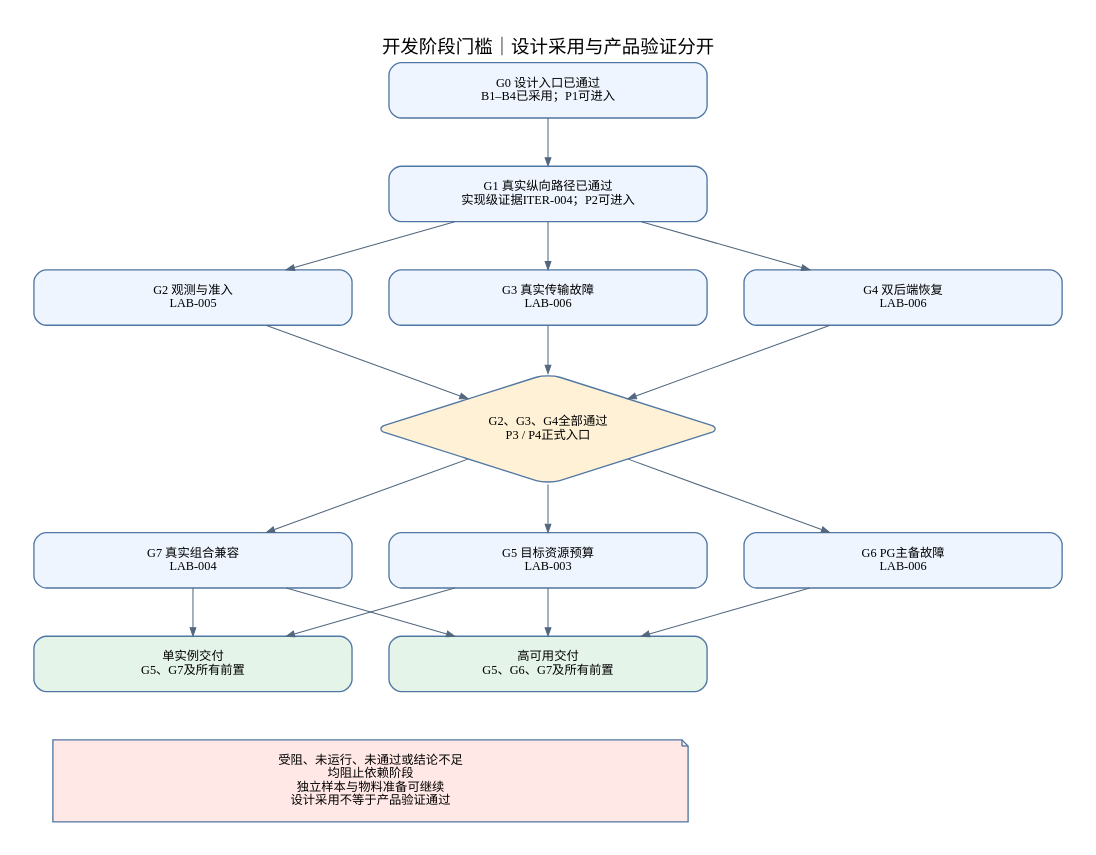
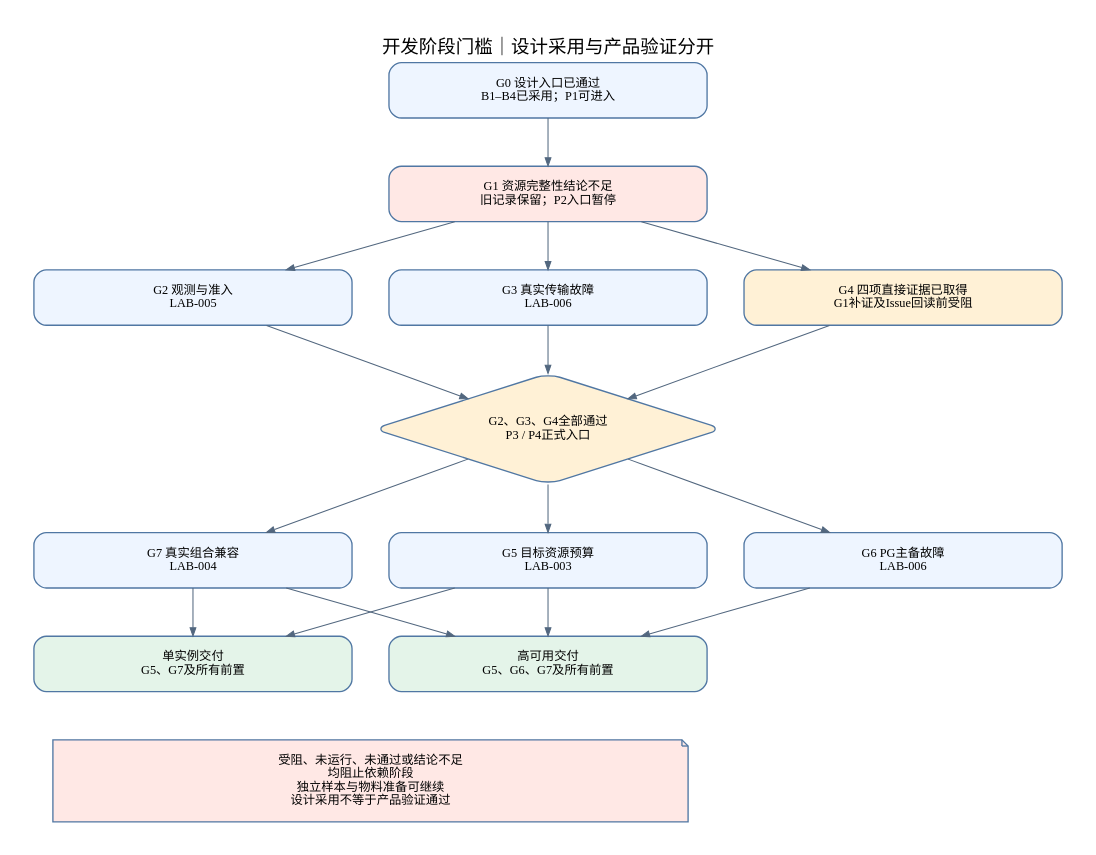
One commit to wyw-ai/loom-oi changed the diagram in docs/architecture/diagrams/v0.7/06-delivery-dependencies.dot. Above: the diagram before and after it, drawn with Graphviz. The commit also changed 35 other files, not shown here.

```diff
--- a/docs/architecture/diagrams/v0.7/06-delivery-dependencies.dot
+++ b/docs/architecture/diagrams/v0.7/06-delivery-dependencies.dot
@@ -1,23 +1,23 @@
 digraph G {
 graph [bgcolor="white",pad="0.35",nodesep="0.5",ranksep="0.65",fontname="Noto Sans SC",fontsize=18,labelloc="t",splines=polyline];
 node [shape=box,style="rounded,filled",fillcolor="#eef5ff",color="#5077a3",fontname="Noto Sans SC",fontsize=12,width=4.3,margin="0.35,0.2",penwidth=1.3];
 edge [color="#52677f",fontname="Noto Sans SC",fontsize=10,arrowsize=0.8];
 rankdir=TB;label="开发阶段门槛｜设计采用与产品验证分开";
  g0[label="G0 设计入口已通过\nB1–B4已采用；P1可进入"];
- g1[label="G1 真实纵向路径已通过\n实现级证据ITER-004；P2可进入"];
+ g1[label="G1 资源完整性结论不足\n旧记录保留；P2入口暂停",fillcolor="#ffe8e5"];
  g2[label="G2 观测与准入\nLAB-005"];
  g3[label="G3 真实传输故障\nLAB-006"];
- g4[label="G4 双后端恢复\nLAB-006"];
+ g4[label="G4 四项直接证据已取得\nG1补证及Issue回读前受阻",fillcolor="#fff1d6"];
  gate[label="G2、G3、G4全部通过\nP3 / P4正式入口",shape=diamond,fillcolor="#fff1d6"];
  g5[label="G5 目标资源预算\nLAB-003"];
  g6[label="G6 PG主备故障\nLAB-006"];
  g7[label="G7 真实组合兼容\nLAB-004"];
  single[label="单实例交付\nG5、G7及所有前置",fillcolor="#e4f4e9"];
  ha[label="高可用交付\nG5、G6、G7及所有前置",fillcolor="#e4f4e9"];
  g0->g1;g1->g2;g1->g3;g1->g4;{rank=same;g2;g3;g4;}
  g2->gate;g3->gate;g4->gate;gate->g5;gate->g6;gate->g7;{rank=same;g5;g6;g7;}
  g5->single;g7->single;g5->ha;g6->ha;g7->ha;
  note[label="受阻、未运行、未通过或结论不足\n均阻止依赖阶段\n独立样本与物料准备可继续\n设计采用不等于产品验证通过",width=8.6,shape=note,fillcolor="#ffe8e5"];
  single->note[style=invis];ha->note[style=invis];
 
 }
```
